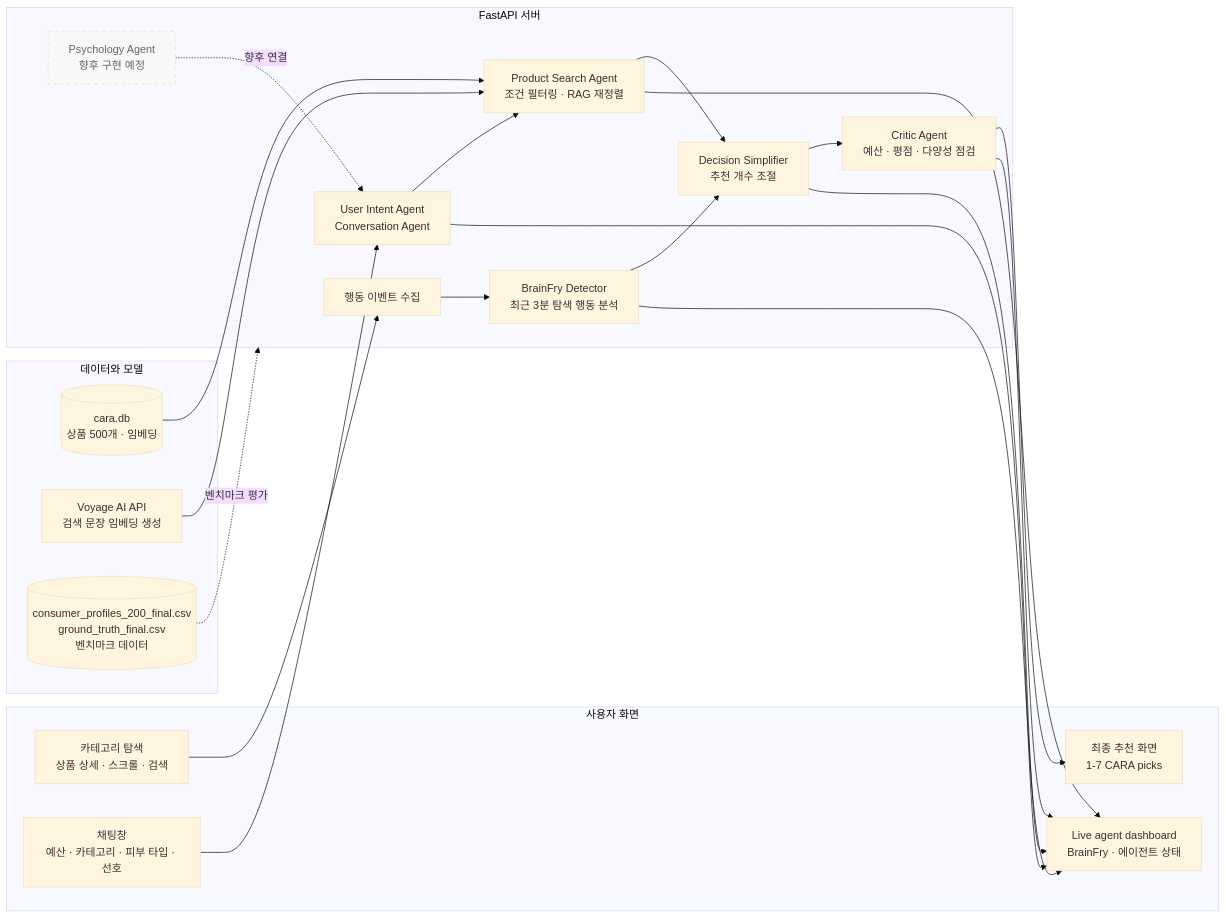
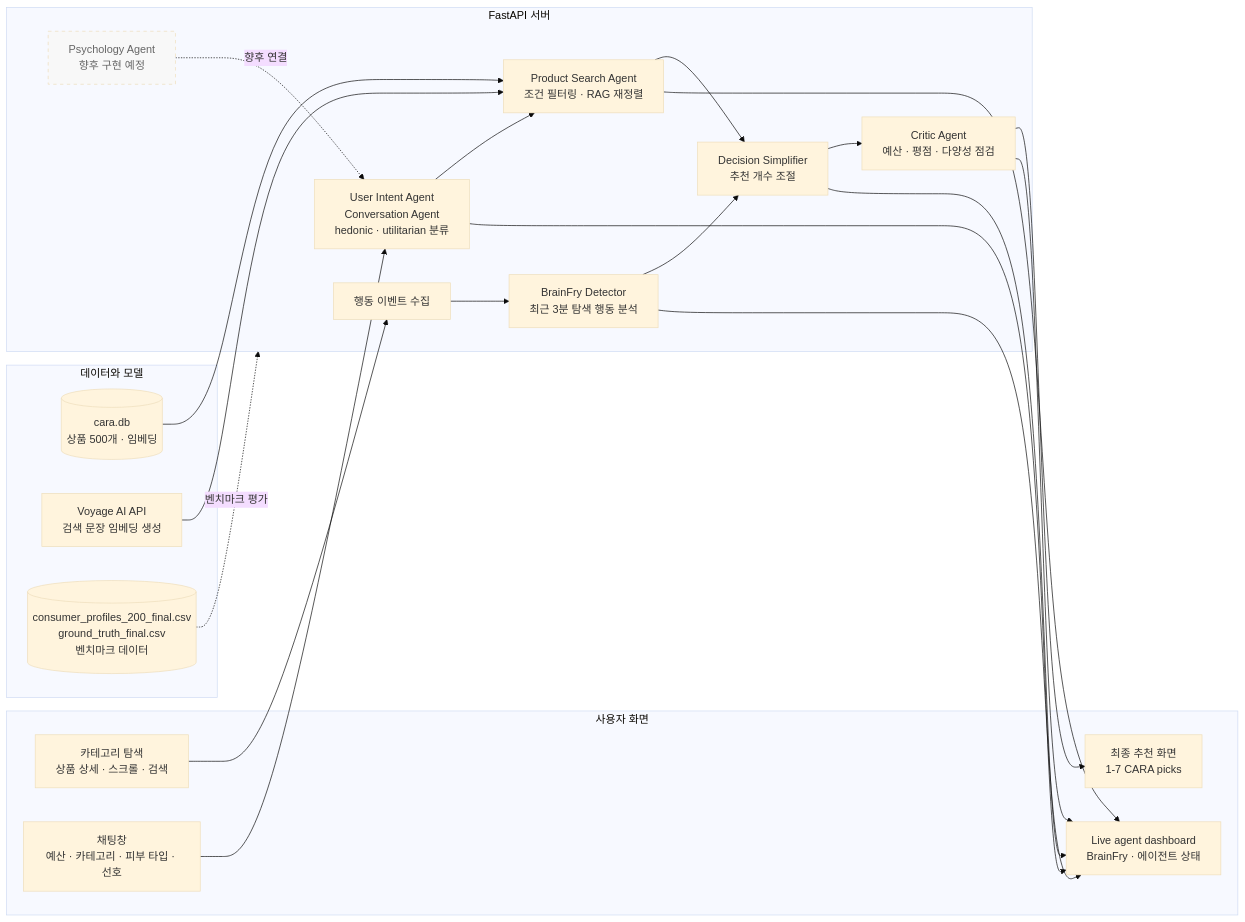
Before and after one commit to sally014701-commits/CARA-agent: the diagram in README.md, drawn with Mermaid (base theme). The commit also changed other lines of this file, not shown here.

````diff
--- a/README.md
+++ b/README.md
@@ -43,42 +43,42 @@
 ```mermaid
 flowchart LR
     subgraph UI["사용자 화면"]
         Browse["카테고리 탐색<br/>상품 상세 · 스크롤 · 검색"]
         Chat["채팅창<br/>예산 · 카테고리 · 피부 타입 · 선호"]
         Result["최종 추천 화면<br/>1-7 CARA picks"]
         Dashboard["Live agent dashboard<br/>BrainFry · 에이전트 상태"]
     end
 
     subgraph API["FastAPI 서버"]
         Tracker["행동 이벤트 수집"]
         BF["BrainFry Detector<br/>최근 3분 탐색 행동 분석"]
-        Intent["User Intent Agent<br/>Conversation Agent"]
+        Intent["User Intent Agent<br/>Conversation Agent<br/>hedonic · utilitarian 분류"]
         Search["Product Search Agent<br/>조건 필터링 · RAG 재정렬"]
         Simplifier["Decision Simplifier<br/>추천 개수 조절"]
         Critic["Critic Agent<br/>예산 · 평점 · 다양성 점검"]
         Psychology["Psychology Agent<br/>향후 구현 예정"]
     end
 
     subgraph Data["데이터와 모델"]
         Catalog[("cara.db<br/>상품 500개 · 임베딩")]
         Voyage["Voyage AI API<br/>검색 문장 임베딩 생성"]
         Profiles[("consumer_profiles_200_final.csv<br/>ground_truth_final.csv<br/>벤치마크 데이터")]
     end
 
     Browse --> Tracker --> BF
     Chat --> Intent --> Search
     BF --> Simplifier
     Search --> Simplifier --> Critic --> Result
     Catalog --> Search
     Voyage --> Search
     BF --> Dashboard
     Intent --> Dashboard
     Search --> Dashboard
     Simplifier --> Dashboard
     Critic --> Dashboard
     Profiles -. 벤치마크 평가 .-> API
     Psychology -. 향후 연결 .-> Intent
 
     classDef planned stroke-dasharray: 5 5,fill:#f8f8f8,color:#666;
     class Psychology planned;
 ```
````
